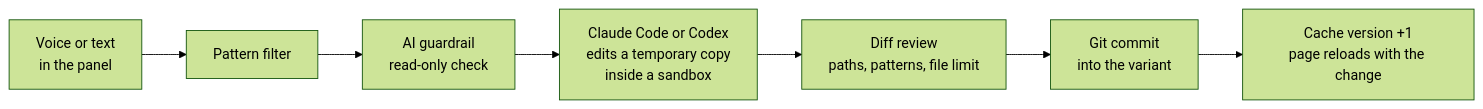
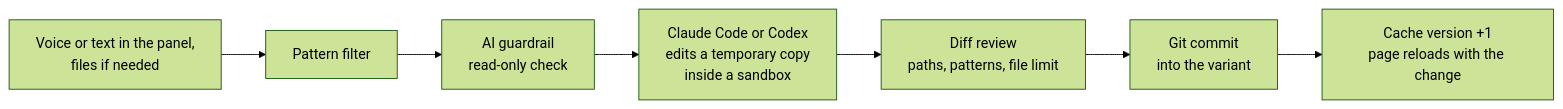
The diagram in README.md (alexohlei/SayAndShape), drawn with Mermaid (forest theme) before and after one commit. The commit also changed other lines of this file and 16 other files, not shown here.

````diff
--- a/README.md
+++ b/README.md
@@ -172,9 +173,9 @@
 ```mermaid
 flowchart LR
-    A["Voice or text<br/>in the panel"] --> B["Pattern filter"]
+    A["Voice or text in the panel,<br/>files if needed"] --> B["Pattern filter"]
     B --> C["AI guardrail<br/>read-only check"]
     C --> D["Claude Code or Codex<br/>edits a temporary copy<br/>inside a sandbox"]
     D --> E["Diff review<br/>paths, patterns, file limit"]
     E --> F["Git commit<br/>into the variant"]
     F --> G["Cache version +1<br/>page reloads with the change"]
 ```
````
